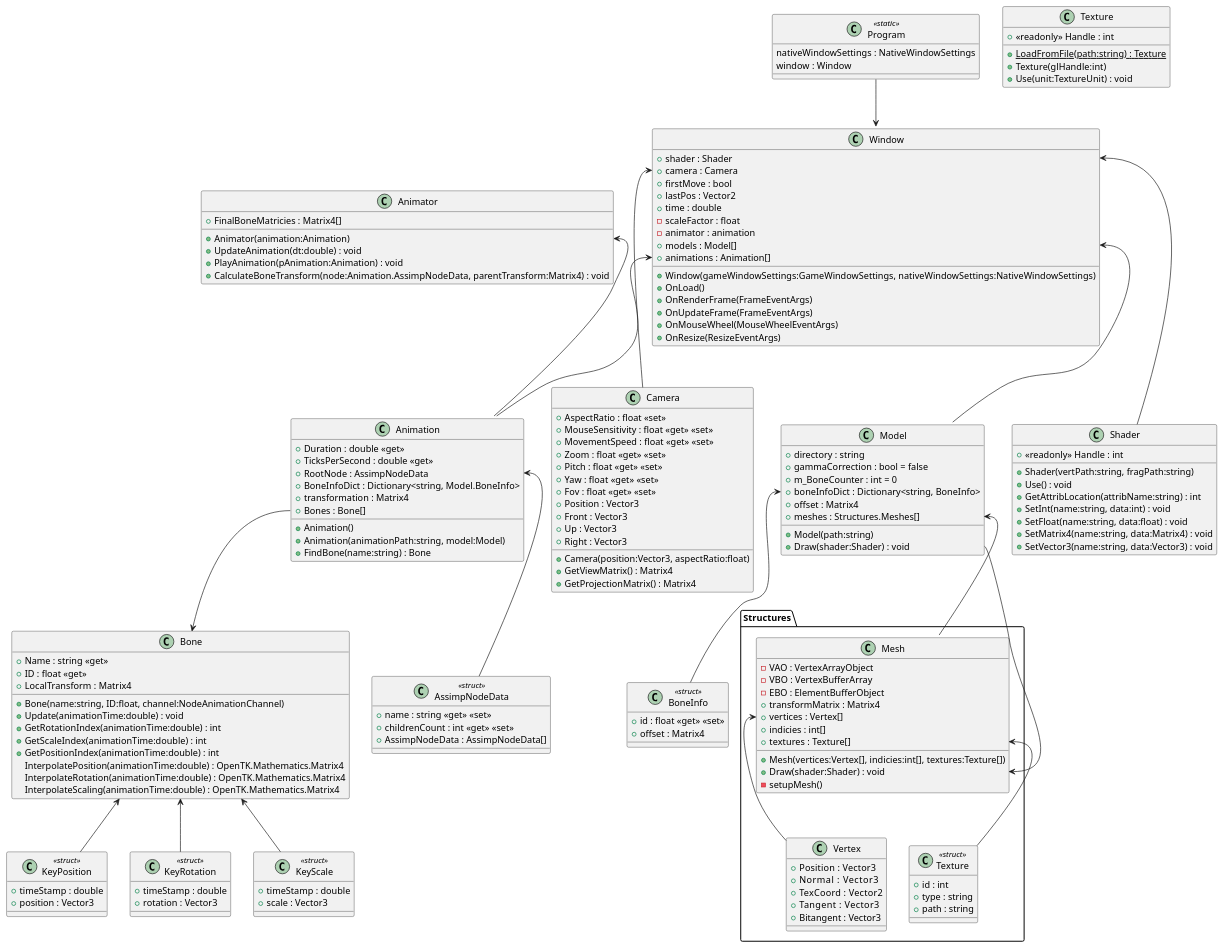
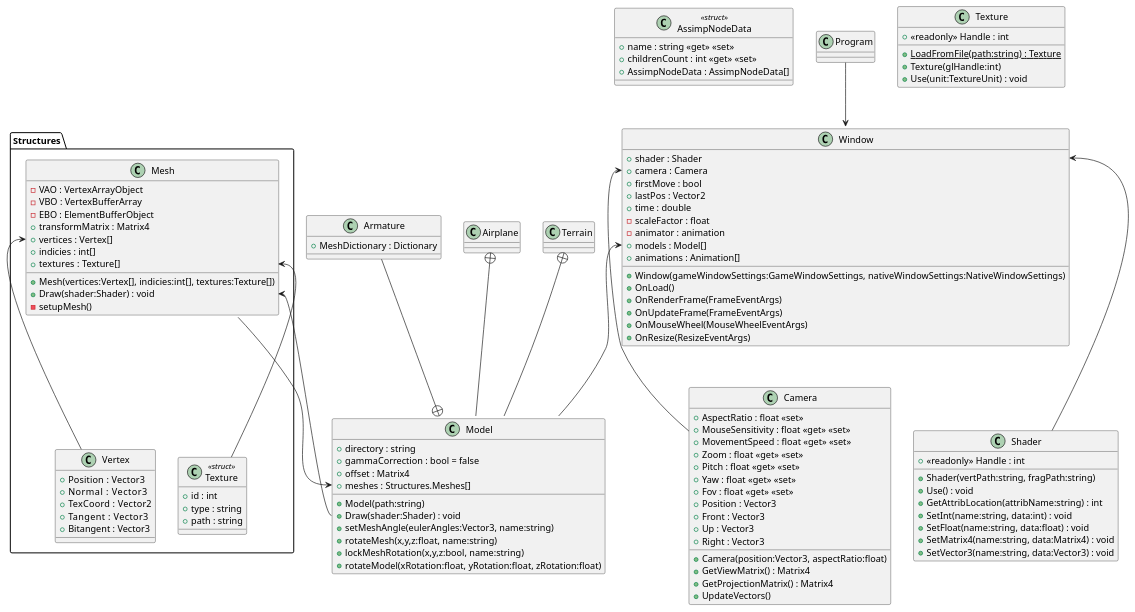
The diagram in AirplaneGame/plantuml/AirplaneGame.puml (chintanbhatt2/AirplaneGame), drawn with PlantUML before and after one commit. The commit also changed 4 other files, not shown here.

```diff
--- a/AirplaneGame/plantuml/AirplaneGame.puml
+++ b/AirplaneGame/plantuml/AirplaneGame.puml
@@ -1,171 +1,128 @@
 @startuml AirplaneGame
-class Animation {
-    + Duration : double <<get>>
-    + TicksPerSecond : double <<get>>
-    + RootNode : AssimpNodeData
-    + BoneInfoDict : Dictionary<string, Model.BoneInfo>
-    + transformation : Matrix4
-    + Bones : Bone[]
-    + Animation()
-    + Animation(animationPath:string, model:Model)
-    + FindBone(name:string) : Bone
-}
-Animation::Bones --> Bone
+
 class AssimpNodeData <<struct>> {
     + name : string <<get>> <<set>>
     + childrenCount : int <<get>> <<set>>
     + AssimpNodeData : AssimpNodeData[]
 
 }
 
-Animation::RootNode <-- AssimpNodeData
-class Animator {
-    + FinalBoneMatricies : Matrix4[]
-    + Animator(animation:Animation)
-    + UpdateAnimation(dt:double) : void
-    + PlayAnimation(pAnimation:Animation) : void
-    + CalculateBoneTransform(node:Animation.AssimpNodeData, parentTransform:Matrix4) : void
-}
-
-class Bone {
-    + Name : string <<get>>
-    + ID : float <<get>>
-    + LocalTransform : Matrix4
-    + Bone(name:string, ID:float, channel:NodeAnimationChannel)
-    + Update(animationTime:double) : void
-    + GetRotationIndex(animationTime:double) : int
-    + GetScaleIndex(animationTime:double) : int
-    + GetPositionIndex(animationTime:double) : int
-    InterpolatePosition(animationTime:double) : OpenTK.Mathematics.Matrix4
-    InterpolateRotation(animationTime:double) : OpenTK.Mathematics.Matrix4
-    InterpolateScaling(animationTime:double) : OpenTK.Mathematics.Matrix4
-}
-class KeyPosition <<struct>> {
-    + timeStamp : double
-    + position : Vector3
-}
-class KeyRotation <<struct>> {
-    + timeStamp : double
-    + rotation : Vector3
-}
-class KeyScale <<struct>> {
-    + timeStamp : double
-    + scale : Vector3
-}
-Bone  <-- KeyPosition
-Bone  <-- KeyRotation
-Bone  <-- KeyScale
 class Camera {
     + Camera(position:Vector3, aspectRatio:float)
     + AspectRatio : float <<set>>
     + MouseSensitivity : float <<get>> <<set>>
     + MovementSpeed : float <<get>> <<set>>
     + Zoom : float <<get>> <<set>>
     + Pitch : float <<get>> <<set>>
     + Yaw : float <<get>> <<set>>
     + Fov : float <<get>> <<set>>
     + Position : Vector3
     + Front : Vector3
     + Up : Vector3
     + Right : Vector3
     + GetViewMatrix() : Matrix4
     + GetProjectionMatrix() : Matrix4
+    + UpdateVectors()
 }
 class Model {
     + directory : string
     + gammaCorrection : bool = false
-    + m_BoneCounter : int = 0
-    + boneInfoDict : Dictionary<string, BoneInfo>
     + offset : Matrix4
     + meshes : Structures.Meshes[]
     + Model(path:string)
     + Draw(shader:Shader) : void
+    + setMeshAngle(eulerAngles:Vector3, name:string)
+    + rotateMesh(x,y,z:float, name:string)
+    + lockMeshRotation(x,y,z:bool, name:string)
+    + rotateModel(xRotation:float, yRotation:float, zRotation:float)
 }
 
-class BoneInfo <<struct>> {
-    + id : float <<get>> <<set>>
-    + offset : Matrix4
+class Armature {
+    + MeshDictionary : Dictionary
+}
+class Airplane{
+    
 }
 
-Model::boneInfoDict  <-- BoneInfo
-class Program <<static>> {
-    nativeWindowSettings : NativeWindowSettings
-    window : Window
+class Terrain{
+    
 }
+Armature --+ Model
+Airplane +-- Model
+Terrain +-- Model
+
 class Shader {
     + <<readonly>> Handle : int
     + Shader(vertPath:string, fragPath:string)
     + Use() : void
     + GetAttribLocation(attribName:string) : int
     + SetInt(name:string, data:int) : void
     + SetFloat(name:string, data:float) : void
     + SetMatrix4(name:string, data:Matrix4) : void
     + SetVector3(name:string, data:Vector3) : void
 }
 
 package Structures {
 class Vertex {
     + Position  : Vector3
     + Normal    : Vector3
     + TexCoord  : Vector2
     + Tangent   : Vector3
     + Bitangent : Vector3
 }
 class Texture <<struct>> {
     + id : int
     + type : string
     + path : string
 }
 
 class Mesh {
     - VAO : VertexArrayObject
     - VBO : VertexBufferArray
     - EBO : ElementBufferObject
     + transformMatrix : Matrix4
     + vertices : Vertex[]
     + indicies : int[]
     + textures : Texture[]
     + Mesh(vertices:Vertex[], indicies:int[], textures:Texture[])
     + Draw(shader:Shader) : void
     - setupMesh()
 }
 
 }
 
 Mesh::Draw <-- Model::Draw
 Mesh::vertices <-- Vertex
 Mesh::textures <-- Texture
 
 
 class Texture {
     + <<readonly>> Handle : int
     + {static} LoadFromFile(path:string) : Texture
     + Texture(glHandle:int)
     + Use(unit:TextureUnit) : void
 }
 class Window {
     + shader : Shader
     + camera : Camera
     + firstMove : bool
     + lastPos : Vector2
     + time : double
     - scaleFactor : float
     - animator : animation
     + models : Model[]
     + animations : Animation[]
     + Window(gameWindowSettings:GameWindowSettings, nativeWindowSettings:NativeWindowSettings)
     + OnLoad()
     + OnRenderFrame(FrameEventArgs)
     + OnUpdateFrame(FrameEventArgs)
     + OnMouseWheel(MouseWheelEventArgs)
     + OnResize(ResizeEventArgs)
 }
 
 Window::models <-- Model
-Window::animations <-- Animation
 Model::meshes <-- Mesh
 Program --> Window
 Window::shader <-- Shader
 Window::camera <-- Camera
-Animator::Animator <-- Animation
 @enduml
```
